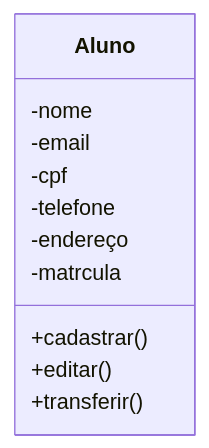
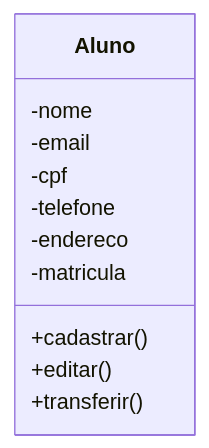
Before and after one commit to NOMAD-ass/universidade: the second of 2 diagrams in readme.md, drawn with Mermaid. The commit also changed other lines of this file and 5 other files, not shown here.

````diff
--- a/readme.md
+++ b/readme.md
@@ -21,15 +21,15 @@
 ```mermaid
 classDiagram
-    class Aluno{
+    class Aluno {
     -nome
     -email
     -cpf
     -telefone
-    -endereço
-    -matrcula
+    -endereco
+    -matricula
     +cadastrar()
     +editar()
     +transferir()
     }
 
 ```
````
